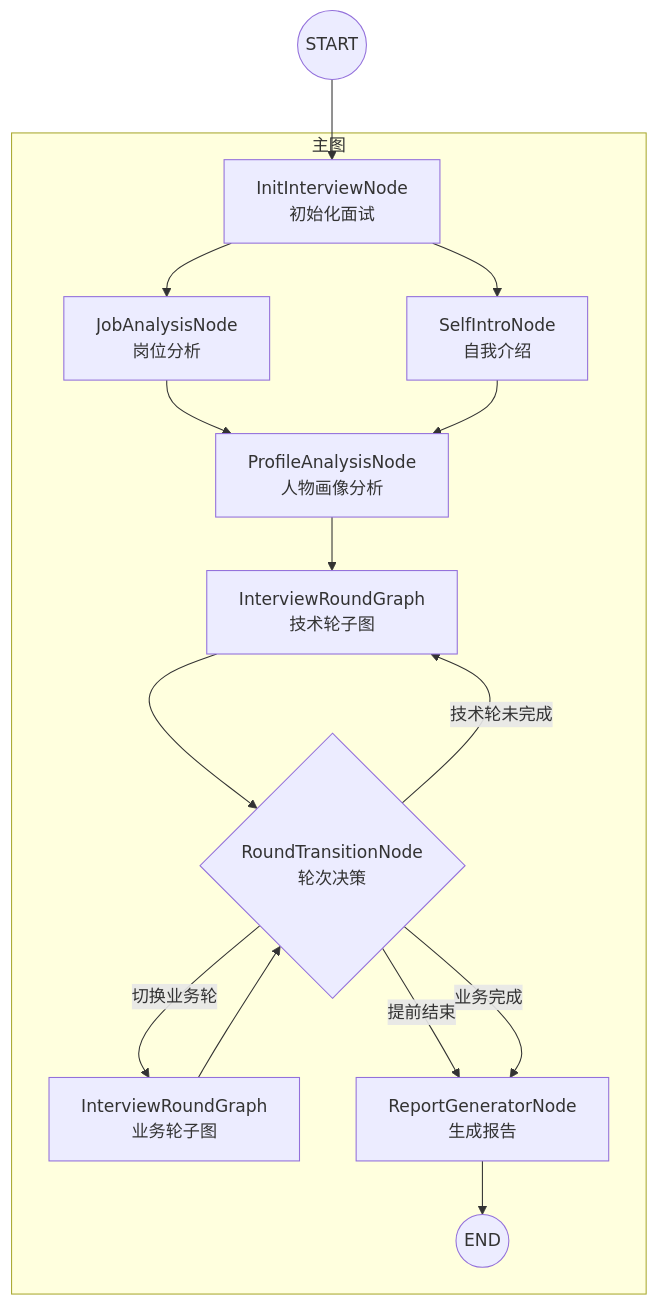
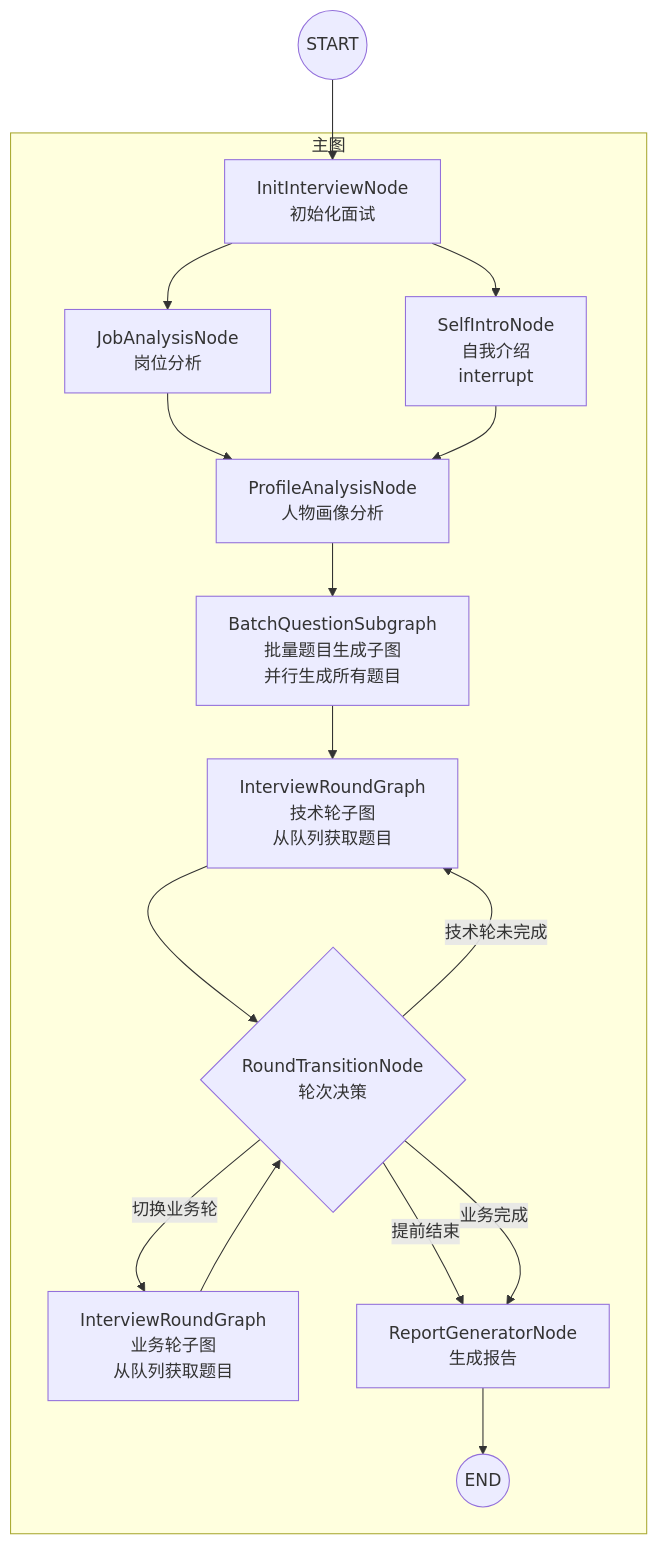
One commit to zunff/interview-agent changed the first of 5 diagrams in README.md. Above: the diagram before and after it, drawn with Mermaid. The commit also changed other lines of this file and 47 other files, not shown here.

````diff
--- a/README.md
+++ b/README.md
@@ -35,27 +35,29 @@
 ```mermaid
 graph TD
     START((START))
 
     subgraph InterviewAgentGraph[主图]
         INIT[InitInterviewNode<br/>初始化面试] --> JOB[JobAnalysisNode<br/>岗位分析]
-        INIT --> SELF[SelfIntroNode<br/>自我介绍]
+        INIT --> SELF[SelfIntroNode<br/>自我介绍<br/>interrupt]
 
         JOB --> PROFILE[ProfileAnalysisNode<br/>人物画像分析]
         SELF --> PROFILE
 
-        PROFILE --> TECH[InterviewRoundGraph<br/>技术轮子图]
+        PROFILE --> BATCH[BatchQuestionSubgraph<br/>批量题目生成子图<br/>并行生成所有题目]
+
+        BATCH --> TECH[InterviewRoundGraph<br/>技术轮子图<br/>从队列获取题目]
 
         TECH --> ROUTER{RoundTransitionNode<br/>轮次决策}
 
         ROUTER -->|技术轮未完成| TECH
-        ROUTER -->|切换业务轮| BIZ[InterviewRoundGraph<br/>业务轮子图]
+        ROUTER -->|切换业务轮| BIZ[InterviewRoundGraph<br/>业务轮子图<br/>从队列获取题目]
         ROUTER -->|提前结束| REPORT[ReportGeneratorNode<br/>生成报告]
 
         BIZ --> ROUTER
         ROUTER -->|业务完成| REPORT
 
         REPORT --> END((END))
     end
 
     START --> INIT
 ```
````
